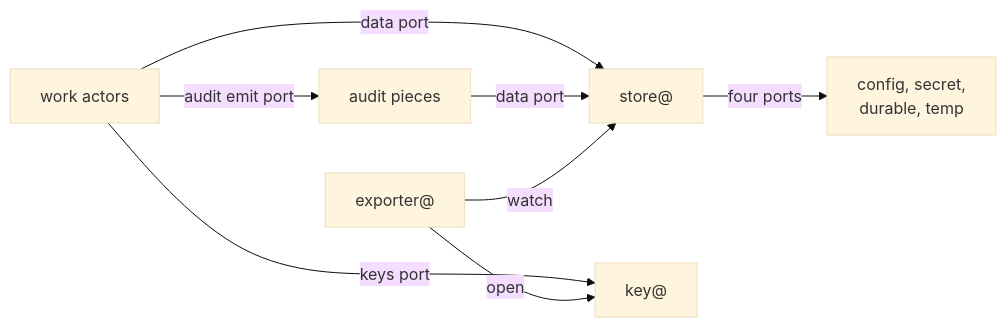
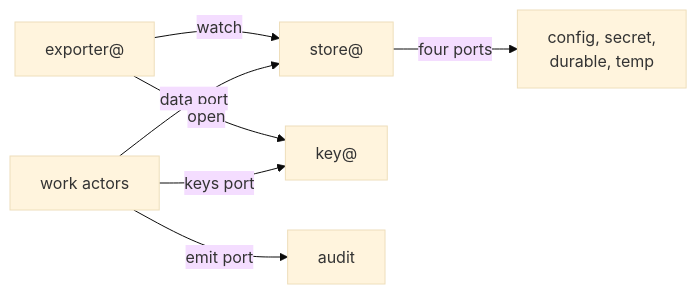
One commit to truvity/sluis changed the first of 2 diagrams in docs/concepts/families.md. Above: the diagram before and after it, drawn with Mermaid (base theme). The commit also changed other lines of this file and 154 other files, not shown here.

````diff
--- a/docs/concepts/families.md
+++ b/docs/concepts/families.md
@@ -24,10 +23,9 @@
 ```mermaid
 flowchart LR
   work["work actors"] -- "data port" --> store["store@"]
   work -- "keys port" --> key["key@"]
-  work -- "audit emit port" --> audit["audit pieces"]
-  audit -- "data port" --> store
+  work -- "emit port" --> audit["audit"]
   exp["exporter@"] -- "watch" --> store
   exp -- "open" --> key
   store -- "four ports" --> classes["config, secret,<br/>durable, temp"]
 ```
````
